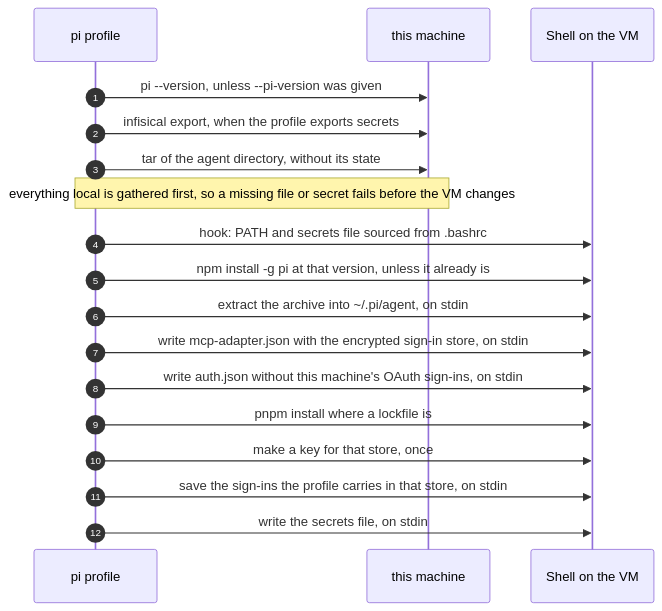
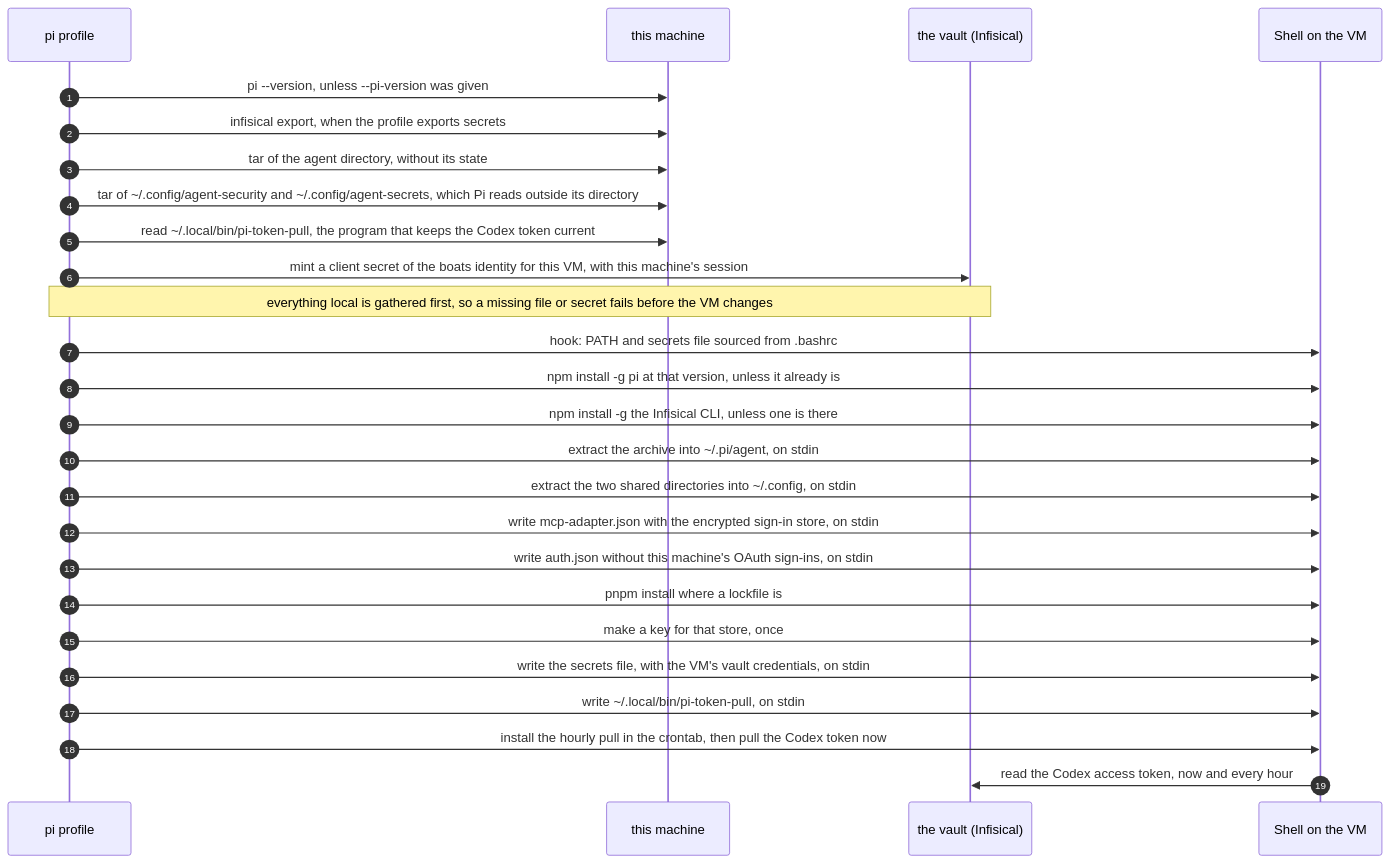
The diagram in docs/profiles/pi.md (NextNodeSolutions/workspace), drawn with Mermaid before and after one commit. The commit also changed other lines of this file and 12 other files, not shown here.

First line of the commit message:
feat(profile-agent): give VMs their own vault identity and an hourly Codex pull

````diff
--- a/docs/profiles/pi.md
+++ b/docs/profiles/pi.md
@@ -7,20 +7,28 @@
 ```mermaid
 sequenceDiagram
     autonumber
     participant P as pi profile
     participant M as this machine
+    participant V as the vault (Infisical)
     participant S as Shell on the VM
     P->>M: pi --version, unless --pi-version was given
     P->>M: infisical export, when the profile exports secrets
     P->>M: tar of the agent directory, without its state
-    Note over P,M: everything local is gathered first, so a missing file or secret fails before the VM changes
+    P->>M: tar of ~/.config/agent-security and ~/.config/agent-secrets, which Pi reads outside its directory
+    P->>M: read ~/.local/bin/pi-token-pull, the program that keeps the Codex token current
+    P->>V: mint a client secret of the boats identity for this VM, with this machine's session
+    Note over P,V: everything local is gathered first, so a missing file or secret fails before the VM changes
     P->>S: hook: PATH and secrets file sourced from .bashrc
     P->>S: npm install -g pi at that version, unless it already is
+    P->>S: npm install -g the Infisical CLI, unless one is there
     P->>S: extract the archive into ~/.pi/agent, on stdin
+    P->>S: extract the two shared directories into ~/.config, on stdin
     P->>S: write mcp-adapter.json with the encrypted sign-in store, on stdin
     P->>S: write auth.json without this machine's OAuth sign-ins, on stdin
     P->>S: pnpm install where a lockfile is
     P->>S: make a key for that store, once
-    P->>S: save the sign-ins the profile carries in that store, on stdin
-    P->>S: write the secrets file, on stdin
+    P->>S: write the secrets file, with the VM's vault credentials, on stdin
+    P->>S: write ~/.local/bin/pi-token-pull, on stdin
+    P->>S: install the hourly pull in the crontab, then pull the Codex token now
+    S->>V: read the Codex access token, now and every hour
 ```
````
